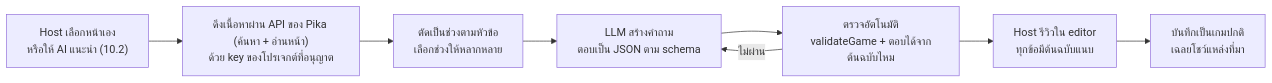
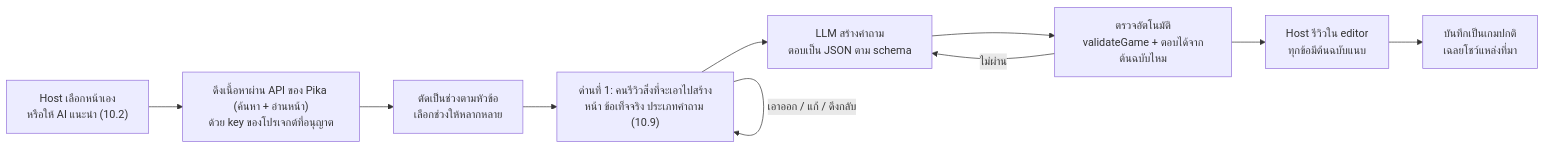
One commit to sakanarm/IcebreakerArena changed the first of 4 diagrams in docs/ROADMAP.md. Above: the diagram before and after it, drawn with Mermaid. The commit also changed other lines of this file and 6 other files, not shown here.

````diff
--- a/docs/ROADMAP.md
+++ b/docs/ROADMAP.md
@@ -602,10 +622,12 @@
 ```mermaid
 flowchart LR
   A["Host เลือกหน้าเอง<br/>หรือให้ AI แนะนำ (10.2)"] --> B["ดึงเนื้อหาผ่าน API ของ Pika (ค้นหา + อ่านหน้า)<br/>ด้วย key ของโปรเจกต์ที่อนุญาต"]
   B --> C["ตัดเป็นช่วงตามหัวข้อ<br/>เลือกช่วงให้หลากหลาย"]
-  C --> D["LLM สร้างคำถาม<br/>ตอบเป็น JSON ตาม schema"]
+  C --> R["ด่านที่ 1: คนรีวิวสิ่งที่จะเอาไปสร้าง<br/>หน้า ข้อเท็จจริง ประเภทคำถาม (10.9)"]
+  R -- "เอาออก / แก้ / ดึงกลับ" --> R
+  R --> D["LLM สร้างคำถาม<br/>ตอบเป็น JSON ตาม schema"]
   D --> E["ตรวจอัตโนมัติ<br/>validateGame + ตอบได้จากต้นฉบับไหม"]
   E -- "ไม่ผ่าน" --> D
   E --> F["Host รีวิวใน editor<br/>ทุกข้อมีต้นฉบับแนบ"]
   F --> G["บันทึกเป็นเกมปกติ<br/>เฉลยโชว์แหล่งที่มา"]
 ```
````
